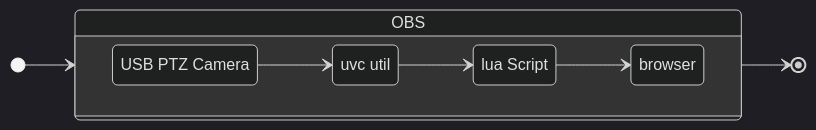
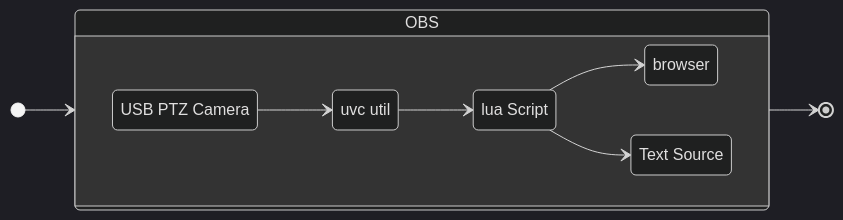
Before and after one commit to UUoocl/Moving_Virtual_Background_ELECTRON: the diagram in README.md, drawn with Mermaid (dark theme). The commit also changed other lines of this file, not shown here.

````diff
--- a/README.md
+++ b/README.md
@@ -16,18 +17,20 @@
 ```mermaid
 stateDiagram
     direction LR
     A: USB PTZ Camera
     B: OBS
     a: uvc util
     b: lua Script
     c: browser
+    d: Text Source
     [*] --> B
     
     B --> [*]
     state B {
       direction LR
     A --> a
       a --> b
       b --> c
+      b --> d 
     }
 ```
````
